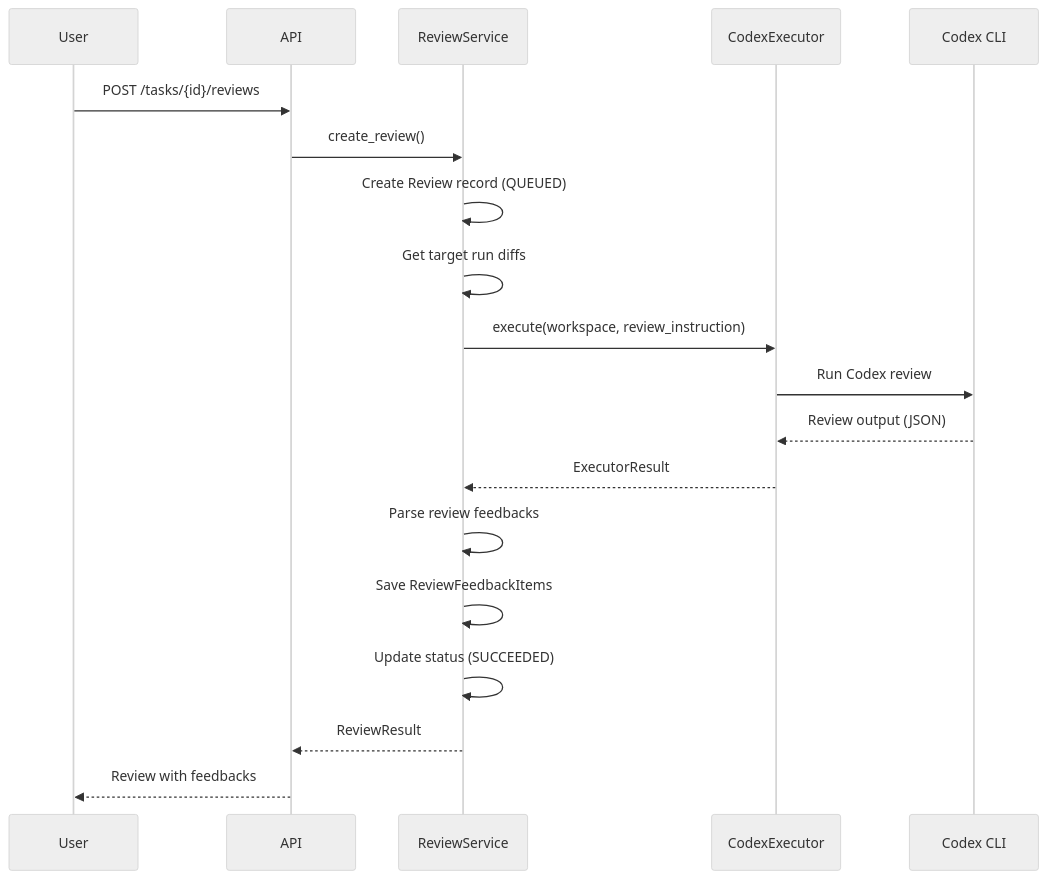
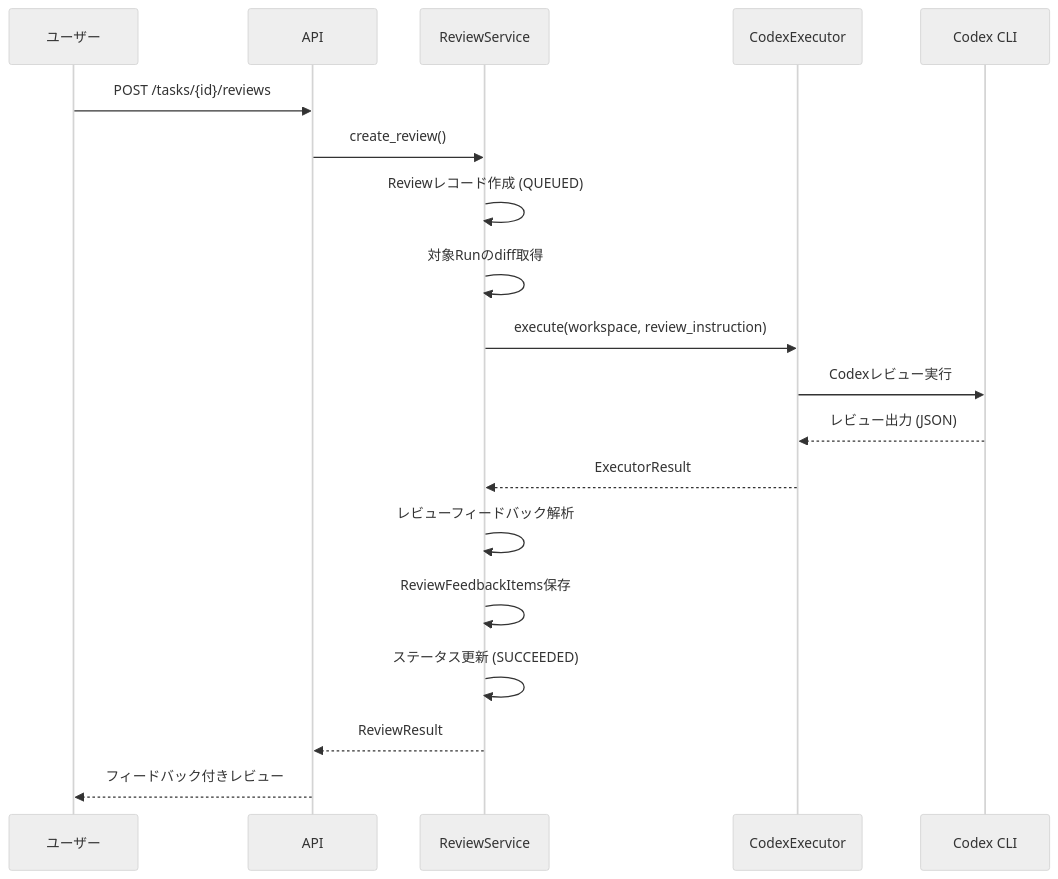
One commit to hampen2929/zloth changed the seventh of 15 diagrams in docs/architecture.md. Above: the diagram before and after it, drawn with Mermaid (neutral theme). The commit also changed other lines of this file, not shown here.

First line of the commit message:
Translate architecture documentation to Japanese

````diff
--- a/docs/architecture.md
+++ b/docs/architecture.md
@@ -400,22 +400,22 @@
 ```mermaid
 sequenceDiagram
-    participant U as User
+    participant U as ユーザー
     participant A as API
     participant RVS as ReviewService
     participant EX as CodexExecutor
     participant CLI as Codex CLI
 
     U->>A: POST /tasks/{id}/reviews
     A->>RVS: create_review()
-    RVS->>RVS: Create Review record (QUEUED)
-    RVS->>RVS: Get target run diffs
+    RVS->>RVS: Reviewレコード作成 (QUEUED)
+    RVS->>RVS: 対象Runのdiff取得
     RVS->>EX: execute(workspace, review_instruction)
-    EX->>CLI: Run Codex review
-    CLI-->>EX: Review output (JSON)
+    EX->>CLI: Codexレビュー実行
+    CLI-->>EX: レビュー出力 (JSON)
     EX-->>RVS: ExecutorResult
-    RVS->>RVS: Parse review feedbacks
-    RVS->>RVS: Save ReviewFeedbackItems
-    RVS->>RVS: Update status (SUCCEEDED)
+    RVS->>RVS: レビューフィードバック解析
+    RVS->>RVS: ReviewFeedbackItems保存
+    RVS->>RVS: ステータス更新 (SUCCEEDED)
     RVS-->>A: ReviewResult
-    A-->>U: Review with feedbacks
+    A-->>U: フィードバック付きレビュー
 ```
````
